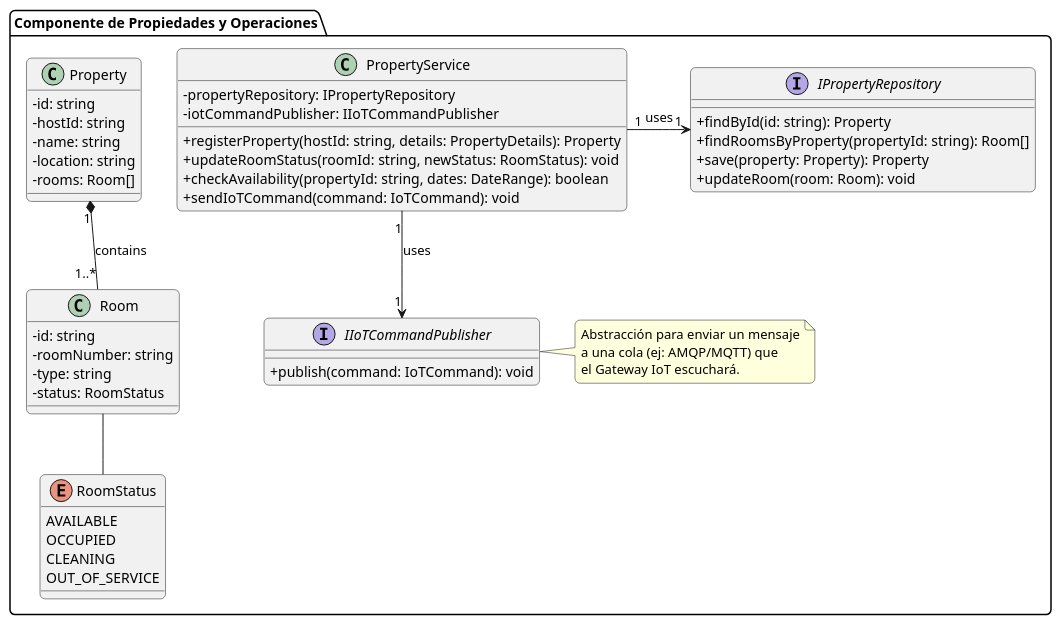
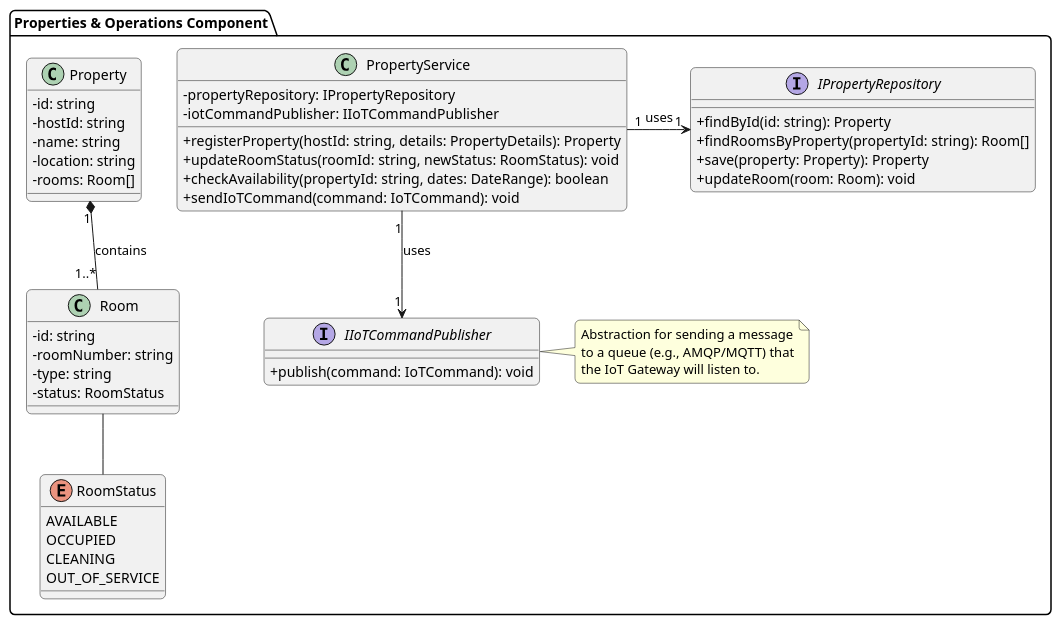
One commit to Edgerunners-Aplicaciones-Web/report changed the diagram in assets/Chapter-04/class-diagram-Property-Component.puml. Above: the diagram before and after it, drawn with PlantUML. The commit also changed 3 other files, not shown here.

Commit message:
doc: Standardize class diagram labeling across Chapter 4 assets

```diff
--- a/assets/Chapter-04/class-diagram-Property-Component.puml
+++ b/assets/Chapter-04/class-diagram-Property-Component.puml
@@ -1,64 +1,64 @@
 @startuml PropertyComponentClassDiagram
-' Estilo
+' Style
 skinparam classAttributeIconSize 0
 skinparam roundcorner 10
 
-package "Componente de Propiedades y Operaciones" {
+package "Properties & Operations Component" {
 
     class PropertyService {
         - propertyRepository: IPropertyRepository
         - iotCommandPublisher: IIoTCommandPublisher
         + registerProperty(hostId: string, details: PropertyDetails): Property
         + updateRoomStatus(roomId: string, newStatus: RoomStatus): void
         + checkAvailability(propertyId: string, dates: DateRange): boolean
         + sendIoTCommand(command: IoTCommand): void
     }
 
     interface IPropertyRepository {
         + findById(id: string): Property
         + findRoomsByProperty(propertyId: string): Room[]
         + save(property: Property): Property
         + updateRoom(room: Room): void
     }
 
-    ' --- Entidades de Dominio ---
+    ' --- Domain Entities ---
     class Property {
         - id: string
         - hostId: string
         - name: string
         - location: string
         - rooms: Room[]
     }
 
     class Room {
         - id: string
         - roomNumber: string
         - type: string
         - status: RoomStatus
     }
 
     enum RoomStatus {
         AVAILABLE
         OCCUPIED
         CLEANING
         OUT_OF_SERVICE
     }
 
-    ' --- Interfaz para comunicarse con el Gateway IoT ---
+    ' --- Interface for communicating with the IoT Gateway ---
     interface IIoTCommandPublisher {
         + publish(command: IoTCommand): void
     }
 
     note right of IIoTCommandPublisher
-      Abstracción para enviar un mensaje
-      a una cola (ej: AMQP/MQTT) que
-      el Gateway IoT escuchará.
+      Abstraction for sending a message
+      to a queue (e.g., AMQP/MQTT) that
+      the IoT Gateway will listen to.
     end note
 
-    ' --- Relaciones ---
+    ' --- Relationships ---
     PropertyService "1" -> "1" IPropertyRepository : uses
     PropertyService "1" --> "1" IIoTCommandPublisher : uses
     Property "1" *-- "1..*" Room : contains
     Room -- RoomStatus
 }
 @enduml
```
